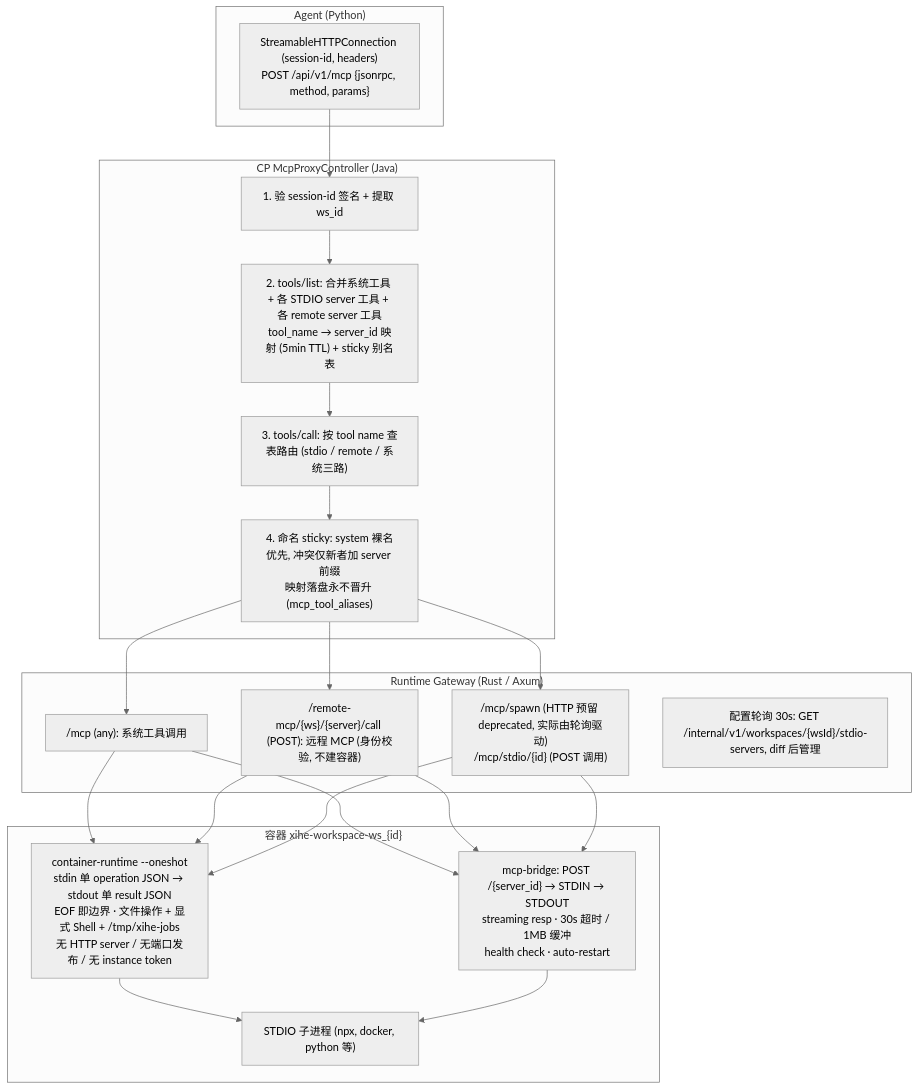
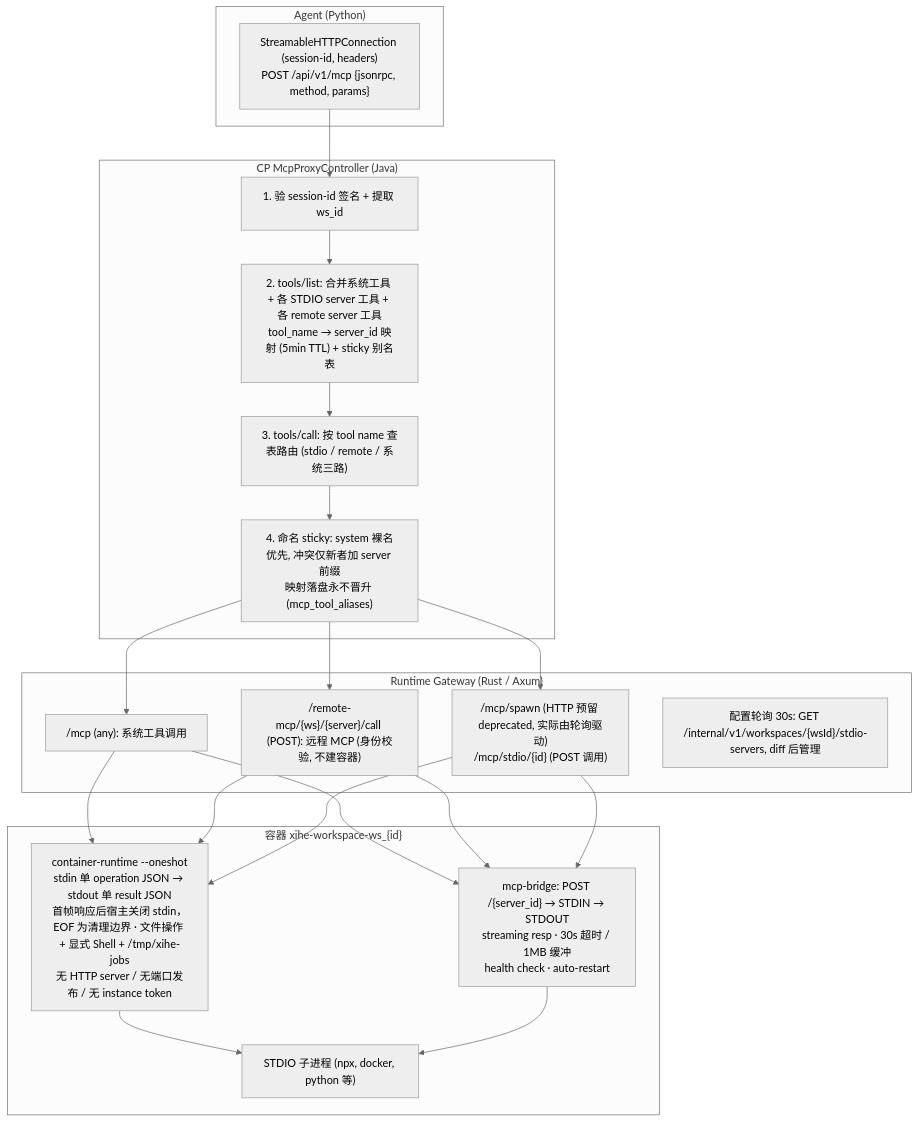
The first of 3 diagrams in docs/i18n/zh-Hans/DEV-016-mcp-architecture.md (cc01cc/xihe-project), drawn with Mermaid before and after one commit. The commit also changed 6 other files, not shown here.

First line of the commit message:
fix(runtime): PLAN-0326 - return on first oneshot frame, close stdin

````diff
--- a/docs/i18n/zh-Hans/DEV-016-mcp-architecture.md
+++ b/docs/i18n/zh-Hans/DEV-016-mcp-architecture.md
@@ -27,25 +27,25 @@
 ```mermaid
 %%{init: {'theme': 'neutral'}}%%
 flowchart TD
     subgraph AG["Agent (Python)"]
         A1["StreamableHTTPConnection (session-id, headers)<br/>POST /api/v1/mcp {jsonrpc, method, params}"]
     end
     subgraph CP["CP McpProxyController (Java)"]
         C1["1. 验 session-id 签名 + 提取 ws_id"]
         C2["2. tools/list: 合并系统工具 + 各 STDIO server 工具 + 各 remote server 工具<br/>tool_name → server_id 映射 (5min TTL) + sticky 别名表"]
         C3["3. tools/call: 按 tool name 查表路由 (stdio / remote / 系统三路)"]
         C4["4. 命名 sticky: system 裸名优先, 冲突仅新者加 server 前缀<br/>映射落盘永不晋升 (mcp_tool_aliases)"]
     end
     subgraph GW["Runtime Gateway (Rust / Axum)"]
         G1["/mcp (any): 系统工具调用"]
         G2["/remote-mcp/{ws}/{server}/call (POST): 远程 MCP (身份校验, 不建容器)"]
         G3["/mcp/spawn (HTTP 预留 deprecated, 实际由轮询驱动)<br/>/mcp/stdio/{id} (POST 调用)"]
         G4["配置轮询 30s: GET /internal/v1/workspaces/{wsId}/stdio-servers, diff 后管理"]
     end
     subgraph SB["容器 xihe-workspace-ws_{id}"]
-        S1["container-runtime --oneshot<br/>stdin 单 operation JSON → stdout 单 result JSON<br/>EOF 即边界 · 文件操作 + 显式 Shell + /tmp/xihe-jobs<br/>无 HTTP server / 无端口发布 / 无 instance token"]
+        S1["container-runtime --oneshot<br/>stdin 单 operation JSON → stdout 单 result JSON<br/>首帧响应后宿主关闭 stdin，EOF 为清理边界 · 文件操作 + 显式 Shell + /tmp/xihe-jobs<br/>无 HTTP server / 无端口发布 / 无 instance token"]
         S2["mcp-bridge: POST /{server_id} → STDIN → STDOUT<br/>streaming resp · 30s 超时 / 1MB 缓冲<br/>health check · auto-restart"]
         S3["STDIO 子进程 (npx, docker, python 等)"]
     end
     A1 --> C1 --> C2 --> C3 --> C4 --> G1 & G2 & G3 --> S1 & S2 --> S3
 ```
````
